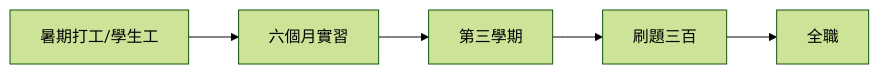
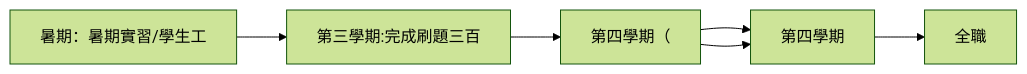
Before and after one commit to kuangyu0801/kuangyu0801.github.io: the diagram in README.md, drawn with Mermaid (forest theme). The commit also changed other lines of this file, not shown here.

````diff
--- a/README.md
+++ b/README.md
@@ -55,7 +55,8 @@
 ```mermaid
 graph LR
-A[暑期打工/學生工] --> B[六個月實習]
-B --> E[第三學期]
- --> C[刷題三百]
-C --> D[全職]
+A[暑期：暑期實習/學生工] --> B[第三學期:完成刷題三百]
+B --> C[第四學期（]
+C --> D[完成刷題三百]
+C --> D[第四學期]
+D --> F[全職]
 ```
````
